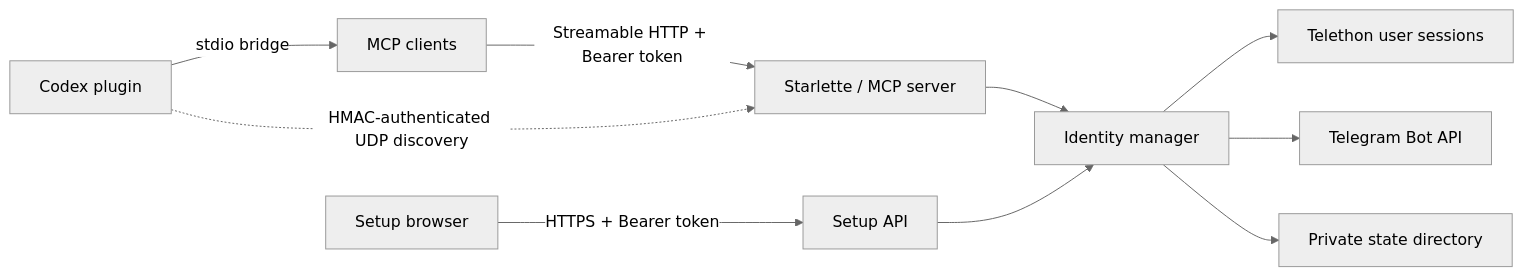
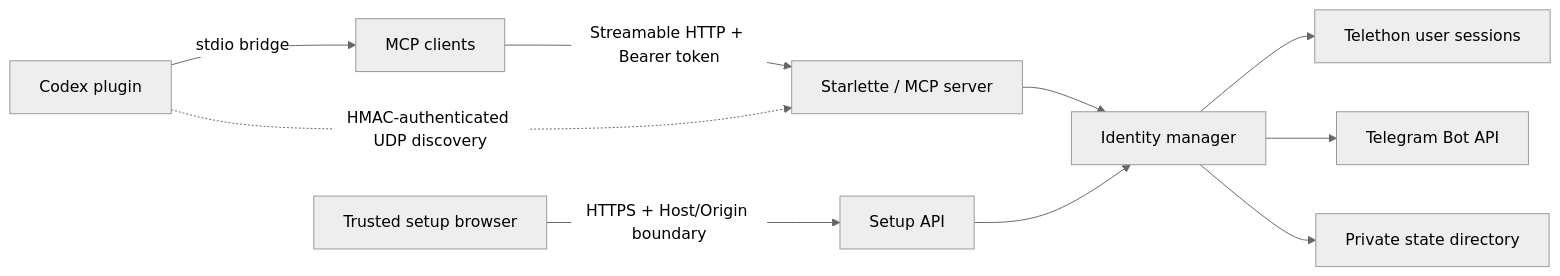
The diagram in docs/architecture.md (Mesteriis/tg-account-mcp), drawn with Mermaid (neutral theme) before and after one commit. The commit also changed other lines of this file and 20 other files, not shown here.

````diff
--- a/docs/architecture.md
+++ b/docs/architecture.md
@@ -5,12 +5,12 @@
 ```mermaid
 flowchart LR
     A[MCP clients] -->|Streamable HTTP + Bearer token| S[Starlette / MCP server]
     C[Codex plugin] -->|stdio bridge| A
     C -. HMAC-authenticated UDP discovery .-> S
-    B[Setup browser] -->|HTTPS + Bearer token| W[Setup API]
+    B[Trusted setup browser] -->|HTTPS + Host/Origin boundary| W[Setup API]
     S --> M[Identity manager]
     W --> M
     M --> U[Telethon user sessions]
     M --> T[Telegram Bot API]
     M --> D[Private state directory]
 ```
````
